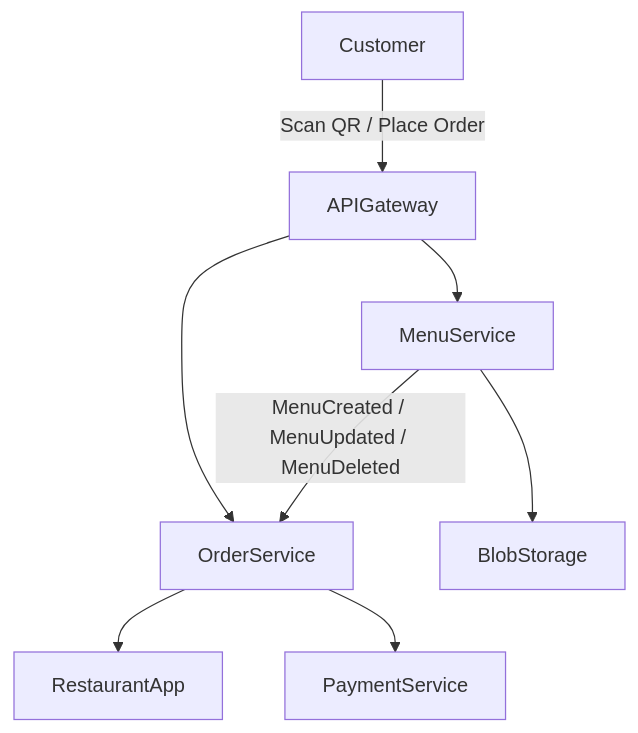
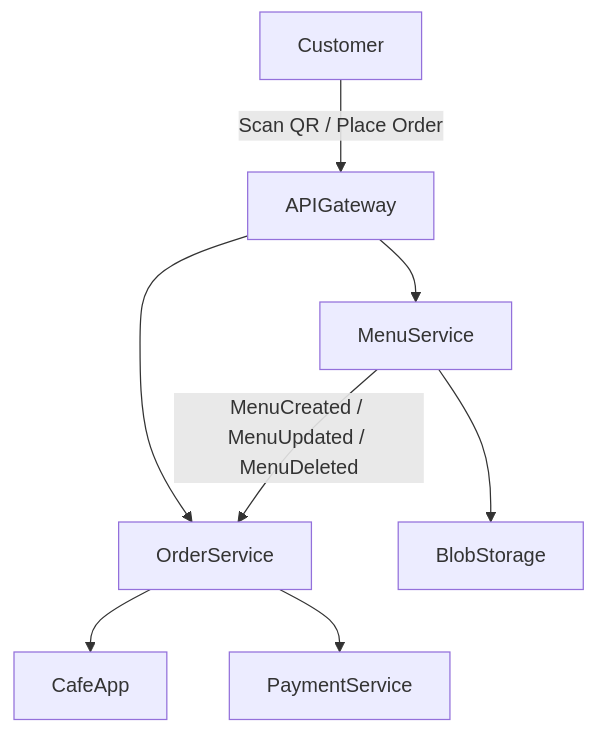
One commit to petro-konopelko/smartcafe-docs changed the diagram in 00-overview/README.md. Above: the diagram before and after it, drawn with Mermaid. The commit also changed other lines of this file and 15 other files, not shown here.

````diff
--- a/00-overview/README.md
+++ b/00-overview/README.md
@@ -47,10 +48,10 @@
 ```mermaid
 graph TD
     Customer -->|Scan QR / Place Order| APIGateway
     APIGateway --> OrderService
     APIGateway --> MenuService
     MenuService -->|MenuCreated / MenuUpdated / MenuDeleted| OrderService
-    OrderService --> RestaurantApp
+    OrderService --> CafeApp
     OrderService --> PaymentService
     MenuService --> BlobStorage
 ```
````
